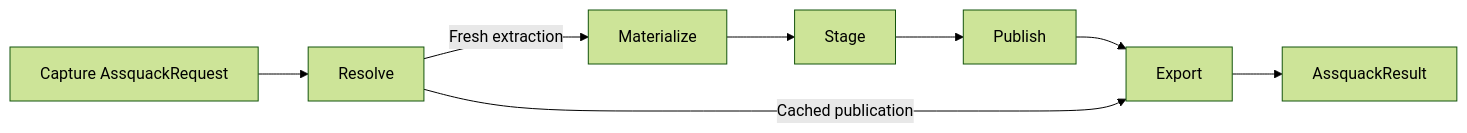
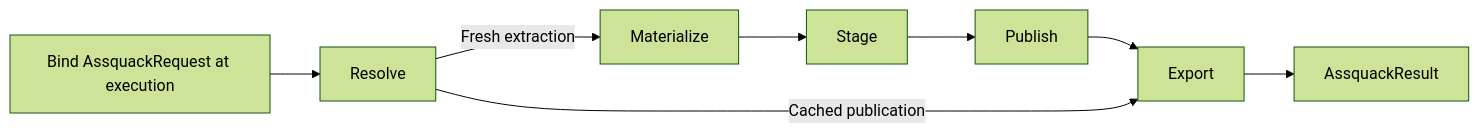
The diagram in docs/materialization-lifecycle.md (RFARQ3/assquack), drawn with Mermaid (forest theme) before and after one commit. The commit also changed other lines of this file and 13 other files, not shown here.

````diff
--- a/docs/materialization-lifecycle.md
+++ b/docs/materialization-lifecycle.md
@@ -15,10 +15,10 @@
 ```mermaid
 flowchart LR
-  Request[Capture AssquackRequest] --> Resolve
+  Request[Bind AssquackRequest at execution] --> Resolve
   Resolve -->|Fresh extraction| Materialize
   Materialize --> Stage
   Stage --> Publish
   Publish --> Export
   Resolve -->|Cached publication| Export
   Export --> Result[AssquackResult]
 ```
````
